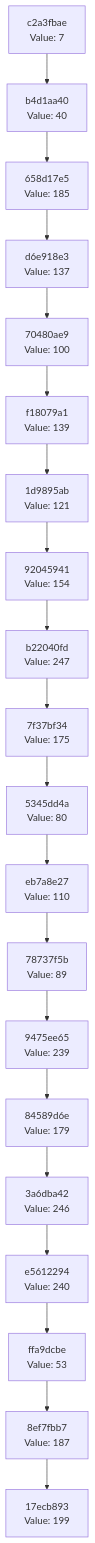
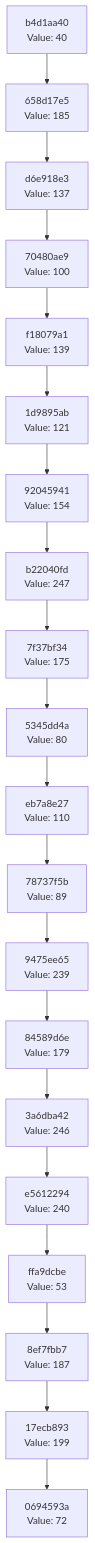
One commit to Abhisheksinha1506/hash-chain-evolver changed the diagram in docs/CHAIN_VISUALIZATION.md. Above: the diagram before and after it, drawn with Mermaid. The commit also changed 3 other files, not shown here.

````diff
--- a/docs/CHAIN_VISUALIZATION.md
+++ b/docs/CHAIN_VISUALIZATION.md
@@ -3,42 +3,42 @@
 ```mermaid
 graph TD
-    C0["17ecb893<br/>Value: 199"]
-    C1["8ef7fbb7<br/>Value: 187"]
+    C0["0694593a<br/>Value: 72"]
+    C1["17ecb893<br/>Value: 199"]
     C1 --> C0
-    C2["ffa9dcbe<br/>Value: 53"]
+    C2["8ef7fbb7<br/>Value: 187"]
     C2 --> C1
-    C3["e5612294<br/>Value: 240"]
+    C3["ffa9dcbe<br/>Value: 53"]
     C3 --> C2
-    C4["3a6dba42<br/>Value: 246"]
+    C4["e5612294<br/>Value: 240"]
     C4 --> C3
-    C5["84589d6e<br/>Value: 179"]
+    C5["3a6dba42<br/>Value: 246"]
     C5 --> C4
-    C6["9475ee65<br/>Value: 239"]
+    C6["84589d6e<br/>Value: 179"]
     C6 --> C5
-    C7["78737f5b<br/>Value: 89"]
+    C7["9475ee65<br/>Value: 239"]
     C7 --> C6
-    C8["eb7a8e27<br/>Value: 110"]
+    C8["78737f5b<br/>Value: 89"]
     C8 --> C7
-    C9["5345dd4a<br/>Value: 80"]
+    C9["eb7a8e27<br/>Value: 110"]
     C9 --> C8
-    C10["7f37bf34<br/>Value: 175"]
+    C10["5345dd4a<br/>Value: 80"]
     C10 --> C9
-    C11["b22040fd<br/>Value: 247"]
+    C11["7f37bf34<br/>Value: 175"]
     C11 --> C10
-    C12["92045941<br/>Value: 154"]
+    C12["b22040fd<br/>Value: 247"]
     C12 --> C11
-    C13["1d9895ab<br/>Value: 121"]
+    C13["92045941<br/>Value: 154"]
     C13 --> C12
-    C14["f18079a1<br/>Value: 139"]
+    C14["1d9895ab<br/>Value: 121"]
     C14 --> C13
-    C15["70480ae9<br/>Value: 100"]
+    C15["f18079a1<br/>Value: 139"]
     C15 --> C14
-    C16["d6e918e3<br/>Value: 137"]
+    C16["70480ae9<br/>Value: 100"]
     C16 --> C15
-    C17["658d17e5<br/>Value: 185"]
+    C17["d6e918e3<br/>Value: 137"]
     C17 --> C16
-    C18["b4d1aa40<br/>Value: 40"]
+    C18["658d17e5<br/>Value: 185"]
     C18 --> C17
-    C19["c2a3fbae<br/>Value: 7"]
+    C19["b4d1aa40<br/>Value: 40"]
     C19 --> C18
 ```
````
